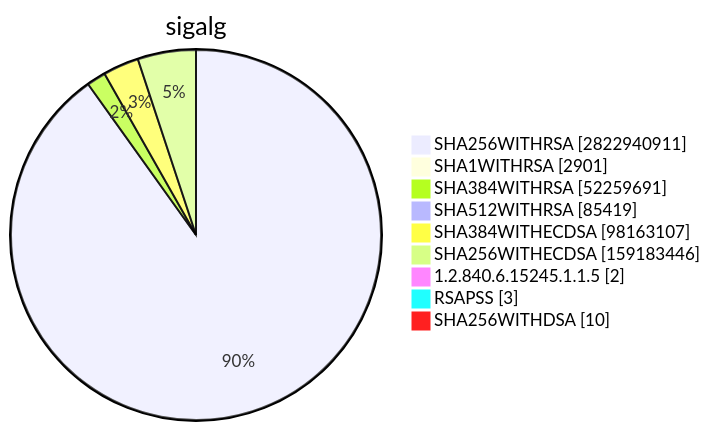
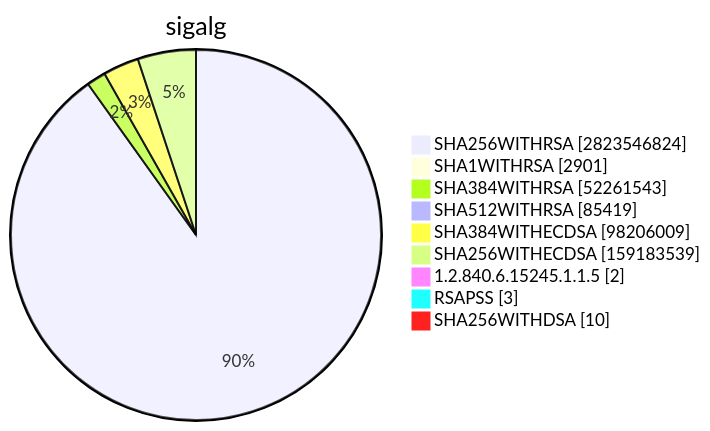
Before and after one commit to christiankrug/ctmonitor_visualization: diagram 15 of 15 in TOTAL/README.md, drawn with Mermaid. The commit also changed other lines of this file, not shown here.

````diff
--- a/TOTAL/README.md
+++ b/TOTAL/README.md
@@ -6205,13 +6205,13 @@
 ```mermaid
 pie showData
 title sigalg
-"SHA256WITHRSA" :2822940911
+"SHA256WITHRSA" :2823546824
 "SHA1WITHRSA" :2901
-"SHA384WITHRSA" :52259691
+"SHA384WITHRSA" :52261543
 "SHA512WITHRSA" :85419
-"SHA384WITHECDSA" :98163107
-"SHA256WITHECDSA" :159183446
+"SHA384WITHECDSA" :98206009
+"SHA256WITHECDSA" :159183539
 "1.2.840.6.15245.1.1.5" :2
 "RSAPSS" :3
 "SHA256WITHDSA" :10
 ```
````
